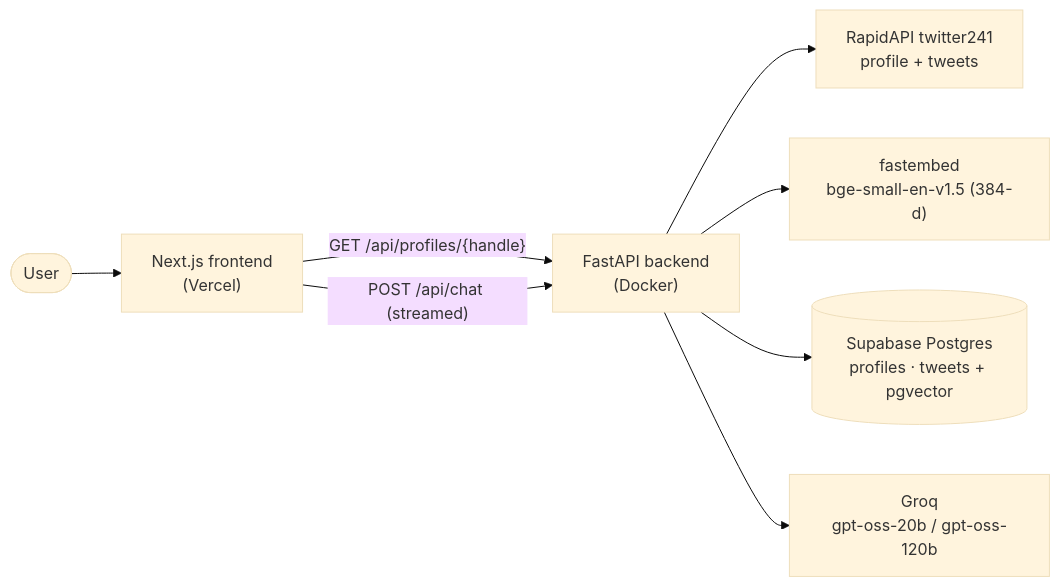
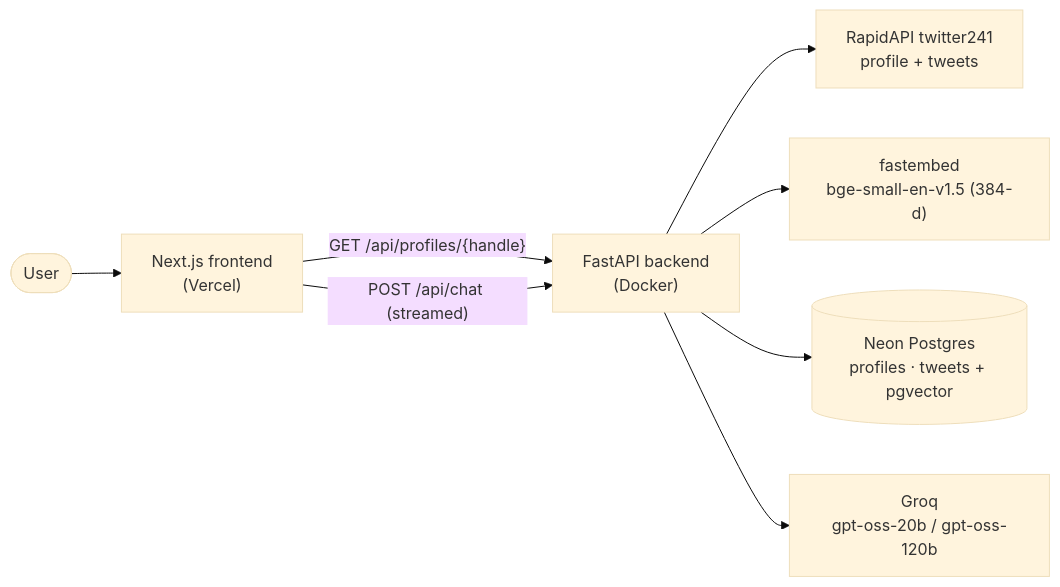
The diagram in README.md (anmol0b/Traceify), drawn with Mermaid (base theme) before and after one commit. The commit also changed other lines of this file and 11 other files, not shown here.

First line of the commit message:
feat: move persistence from Supabase to Neon Postgres

````diff
--- a/README.md
+++ b/README.md
@@ -30,10 +30,10 @@
 ```mermaid
 flowchart LR
     U([User]) --> FE["Next.js frontend<br/>(Vercel)"]
     FE -- "GET /api/profiles/{handle}" --> API["FastAPI backend<br/>(Docker)"]
     FE -- "POST /api/chat (streamed)" --> API
     API --> X["RapidAPI twitter241<br/>profile + tweets"]
     API --> EMB["fastembed<br/>bge-small-en-v1.5 (384-d)"]
-    API --> DB[("Supabase Postgres<br/>profiles · tweets + pgvector")]
+    API --> DB[("Neon Postgres<br/>profiles · tweets + pgvector")]
     API --> LLM["Groq<br/>gpt-oss-20b / gpt-oss-120b"]
 ```
````
